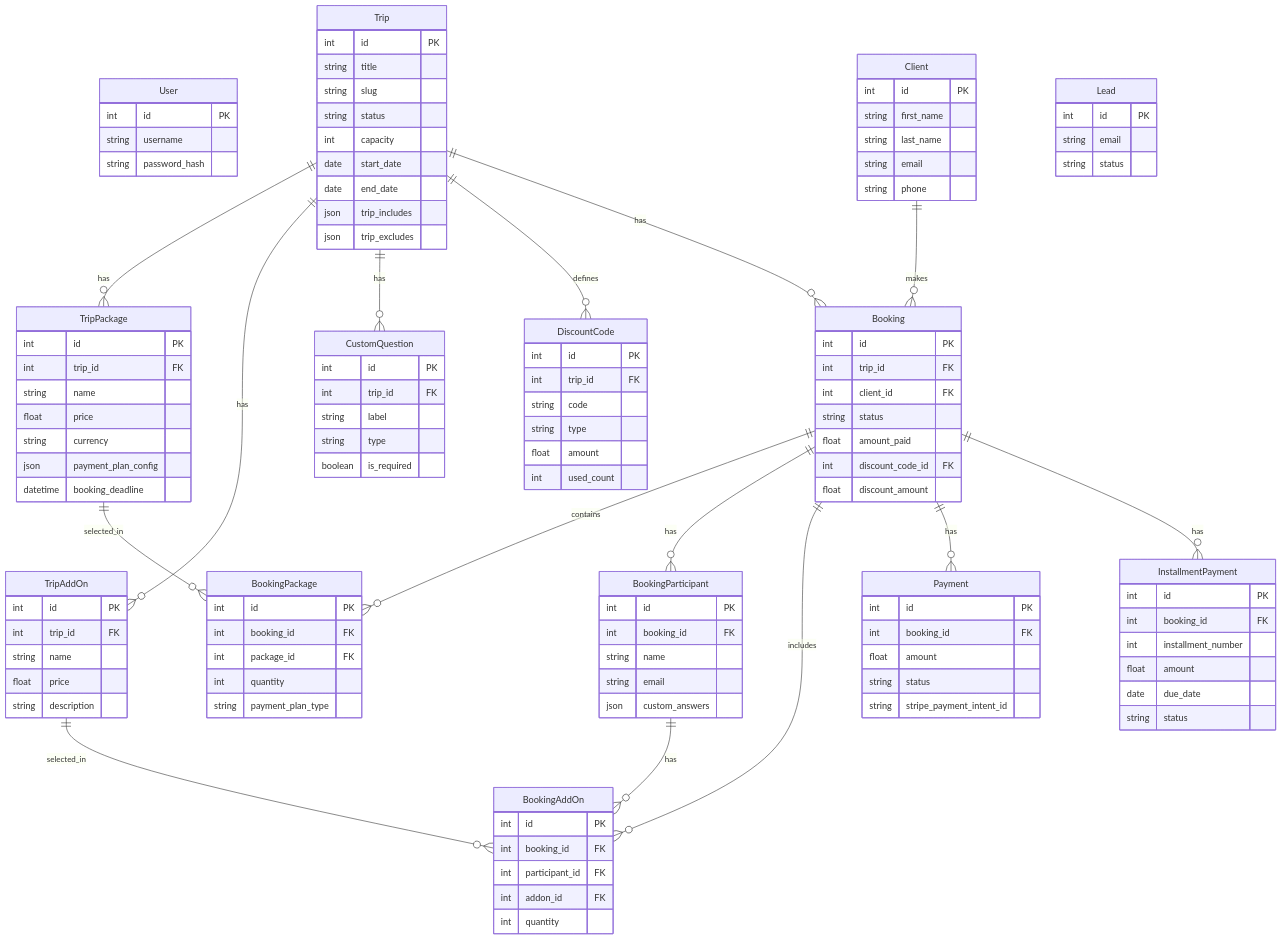
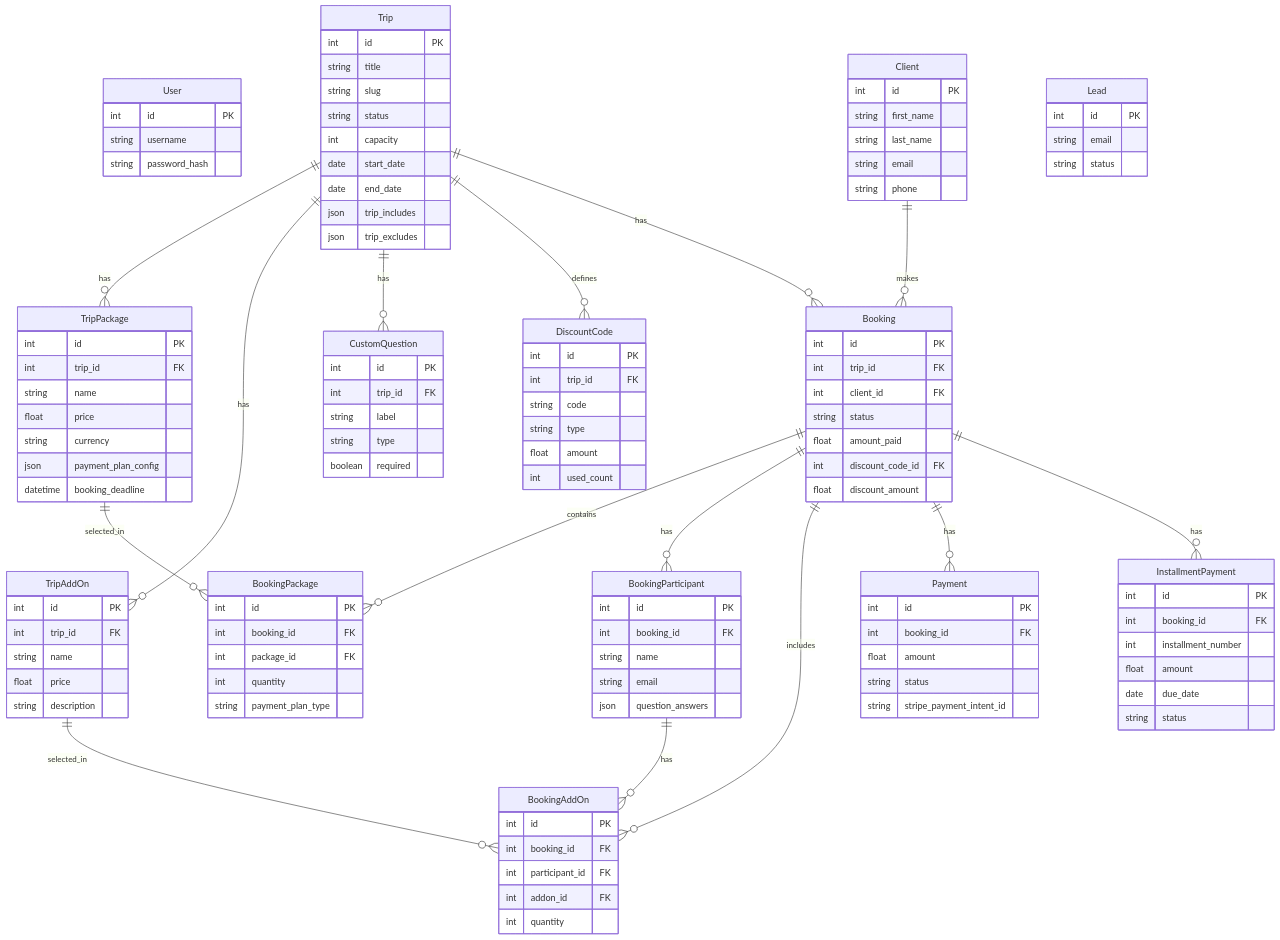
The first of 2 diagrams in context/02_数据库设计.md (Arafat0319/nhtours), drawn with Mermaid before and after one commit. The commit also changed other lines of this file and 13 other files, not shown here.

```diff
--- a/context/02_数据库设计.md
+++ b/context/02_数据库设计.md
@@ -52,7 +52,7 @@
         int trip_id FK
         string label
         string type
-        boolean is_required
+        boolean required
     }
     DiscountCode {
         int id PK
@@ -90,7 +90,7 @@
         int booking_id FK
         string name
         string email
-        json custom_answers
+        json question_answers
     }
     BookingAddOn {
         int id PK
```
